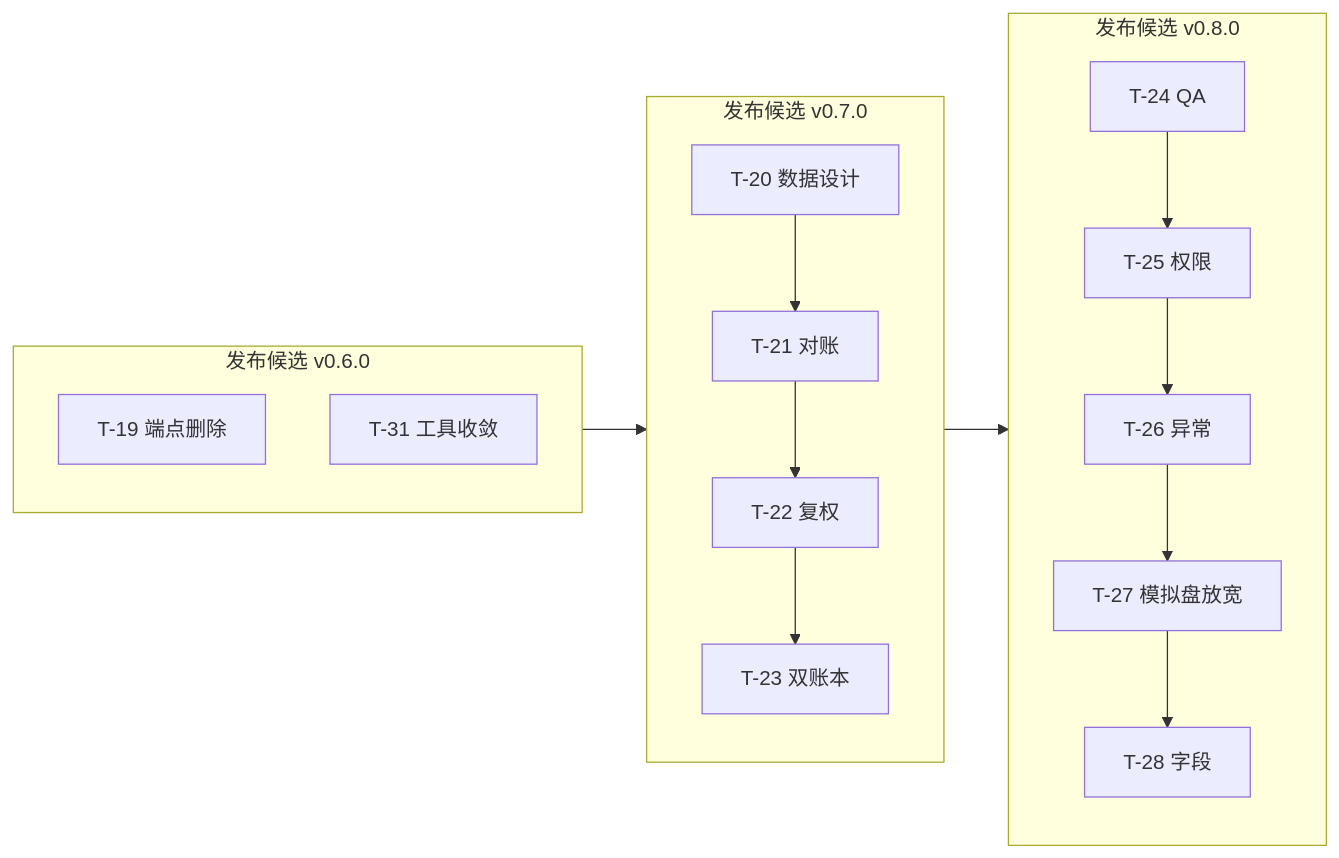
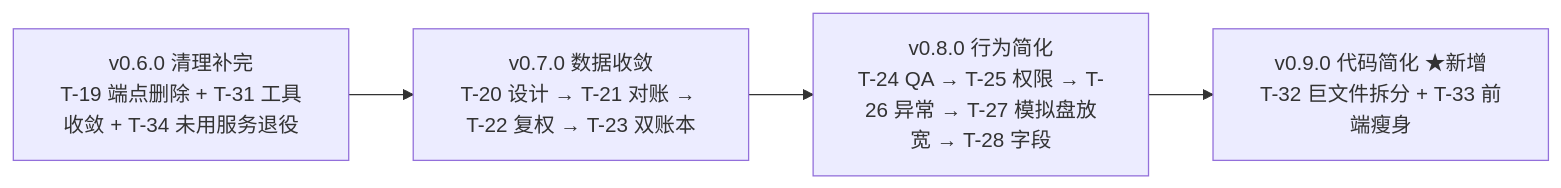
One commit to feng653/quant-lean changed the third of 8 diagrams in docs/WORKFLOW_UPDATE_PLAN.md. Above: the diagram before and after it, drawn with Mermaid. The commit also changed other lines of this file, not shown here.

````diff
--- a/docs/WORKFLOW_UPDATE_PLAN.md
+++ b/docs/WORKFLOW_UPDATE_PLAN.md
@@ -79,14 +122,8 @@
 ```mermaid
 flowchart LR
-    subgraph RC1["发布候选 v0.6.0"]
-        T19[T-19 端点删除]
-        T31[T-31 工具收敛]
-    end
-    subgraph RC2["发布候选 v0.7.0"]
-        T20[T-20 数据设计] --> T21[T-21 对账] --> T22[T-22 复权] --> T23[T-23 双账本]
-    end
-    subgraph RC3["发布候选 v0.8.0"]
-        T24[T-24 QA] --> T25[T-25 权限] --> T26[T-26 异常] --> T27[T-27 模拟盘放宽] --> T28[T-28 字段]
-    end
-    RC1 --> RC2 --> RC3
+    V6["v0.6.0 清理补完<br/>T-19 端点删除 + T-31 工具收敛 + T-34 未用服务退役"]
+    V7["v0.7.0 数据收敛<br/>T-20 设计 → T-21 对账 → T-22 复权 → T-23 双账本"]
+    V8["v0.8.0 行为简化<br/>T-24 QA → T-25 权限 → T-26 异常 → T-27 模拟盘放宽 → T-28 字段"]
+    V9["v0.9.0 代码简化 ★新增<br/>T-32 巨文件拆分 + T-33 前端瘦身"]
+    V6 --> V7 --> V8 --> V9
 ```
````
